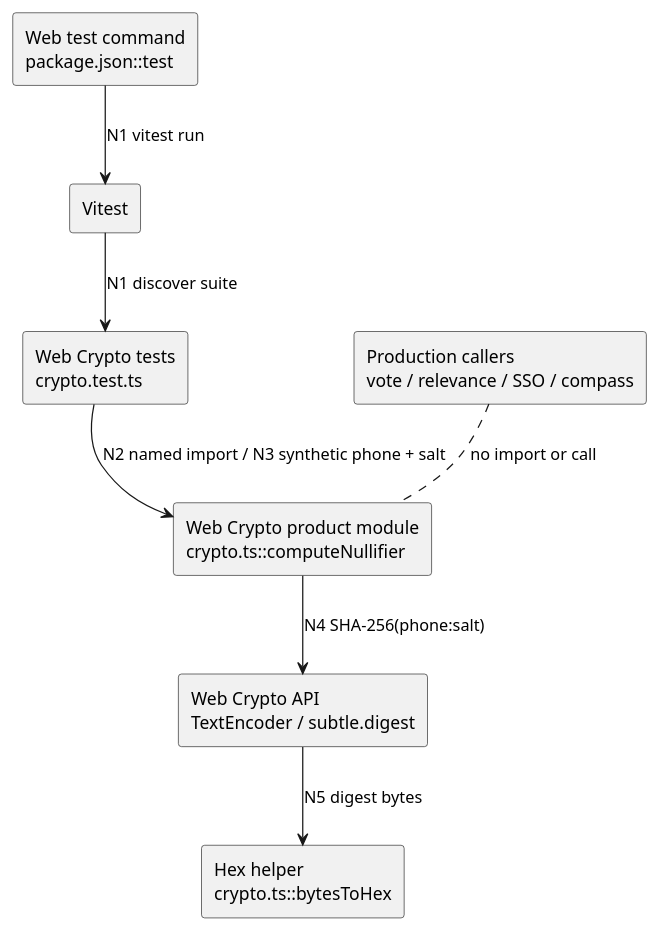
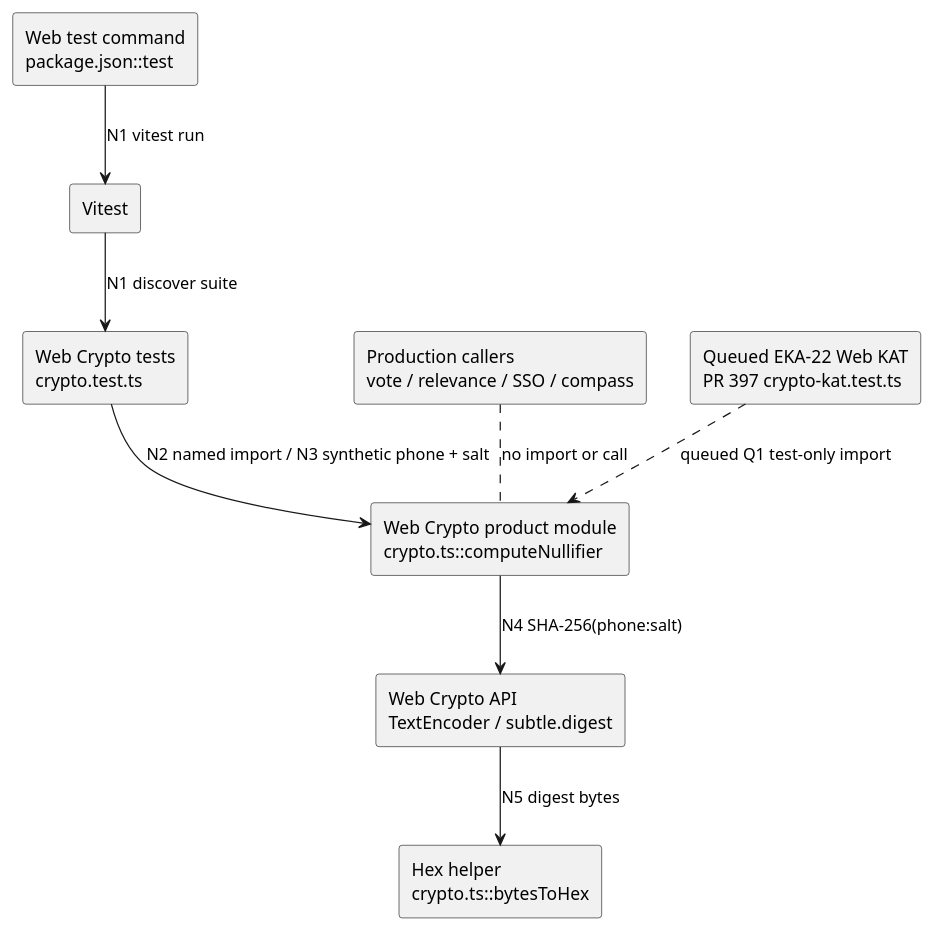
Before and after one commit to NeaBouli/pnyx: the fourth of 4 diagrams in docs/architecture/map.puml, drawn with PlantUML. The commit also changed other lines of this file and 6 other files, not shown here.

Commit message:
docs(architecture): record EKA-24 dependency on PR 397

```diff
--- a/docs/architecture/map.puml
+++ b/docs/architecture/map.puml
@@ -73,18 +73,20 @@
 @startuml
 ' EKA-24 component diagram — arrows only for the opened test trace
 skinparam componentStyle rectangle
 component "Web test command\npackage.json::test" as TESTCMD
 component "Vitest" as VITEST
 component "Web Crypto tests\ncrypto.test.ts" as TESTS
 component "Web Crypto product module\ncrypto.ts::computeNullifier" as HELPER
 component "Web Crypto API\nTextEncoder / subtle.digest" as WEBCRYPTO
 component "Hex helper\ncrypto.ts::bytesToHex" as HEX
 component "Production callers\nvote / relevance / SSO / compass" as PROD
+component "Queued EKA-22 Web KAT\nPR 397 crypto-kat.test.ts" as KAT
 
 TESTCMD --> VITEST : N1 vitest run
 VITEST --> TESTS : N1 discover suite
 TESTS --> HELPER : N2 named import / N3 synthetic phone + salt
 HELPER --> WEBCRYPTO : N4 SHA-256(phone:salt)
 WEBCRYPTO --> HEX : N5 digest bytes
 PROD .. HELPER : no import or call
+KAT ..> HELPER : queued Q1 test-only import
 @enduml
```
